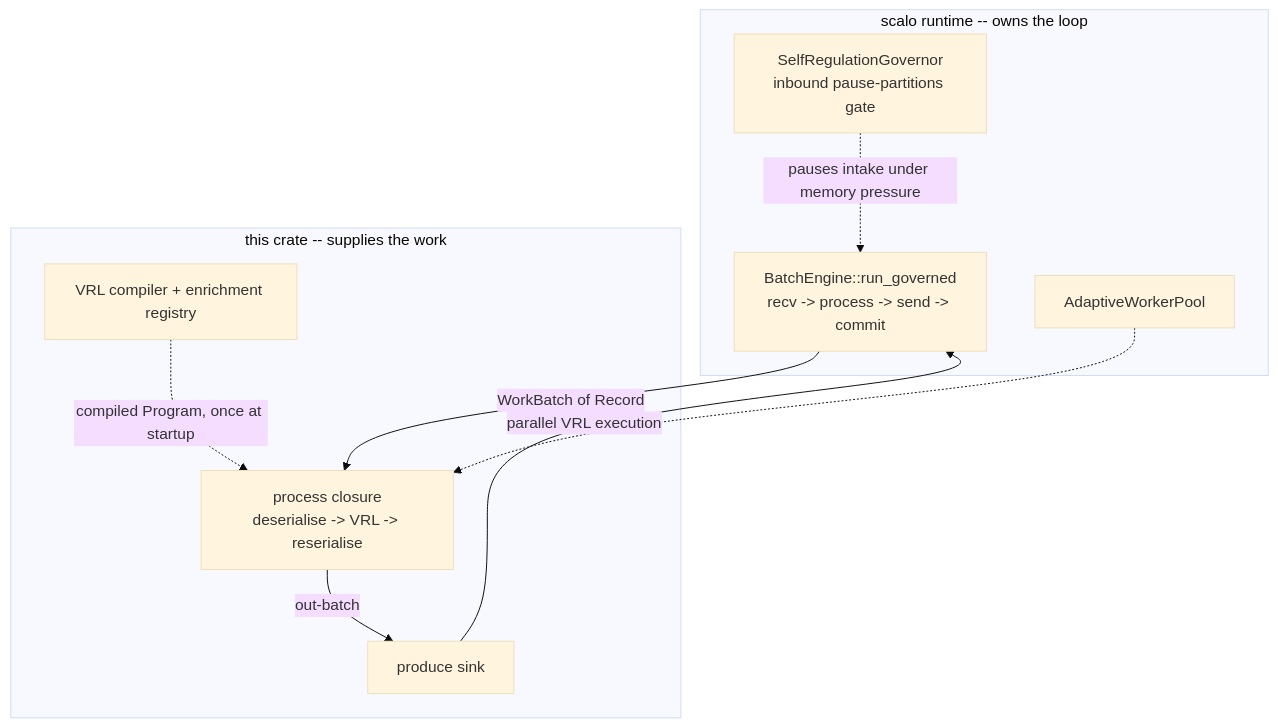
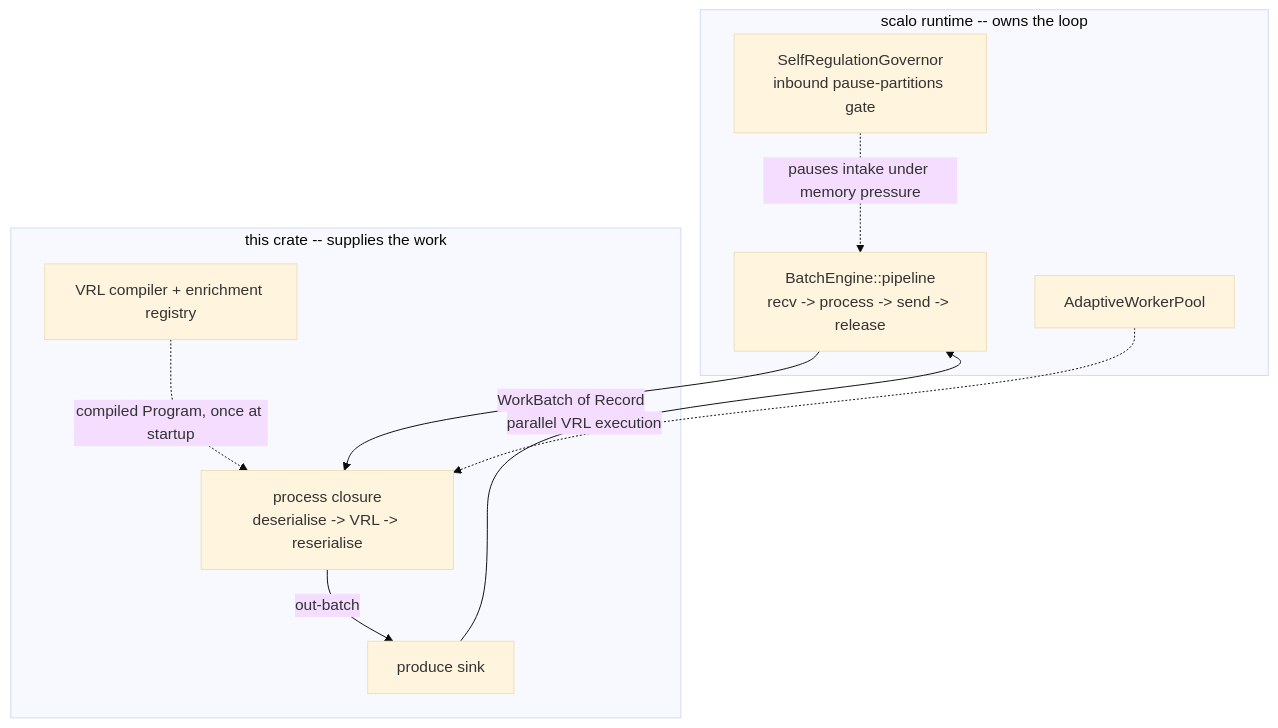
Before and after one commit to hyperi-io/dfe-transform-vrl: the diagram in docs/architecture.md, drawn with Mermaid (base theme). The commit also changed other lines of this file and 32 other files, not shown here.

````diff
--- a/docs/architecture.md
+++ b/docs/architecture.md
@@ -42,19 +37,19 @@
 ```mermaid
 flowchart TB
     subgraph SCALO["scalo runtime -- owns the loop"]
-        DRV["BatchEngine::run_governed<br/>recv -> process -> send -> commit"]
+        DRV["BatchEngine::pipeline<br/>recv -> process -> send -> release"]
         POOL["AdaptiveWorkerPool"]
         GOV["SelfRegulationGovernor<br/>inbound pause-partitions gate"]
     end
     subgraph THIS["this crate -- supplies the work"]
         PROC["process closure<br/>deserialise -> VRL -> reserialise"]
         SINK["produce sink"]
         COMP["VRL compiler + enrichment registry"]
     end
     DRV -->|"WorkBatch of Record"| PROC
     PROC -->|"out-batch"| SINK
     SINK --> DRV
     COMP -.->|"compiled Program, once at startup"| PROC
     POOL -.->|"parallel VRL execution"| PROC
     GOV -.->|"pauses intake under memory pressure"| DRV
 ```
````
